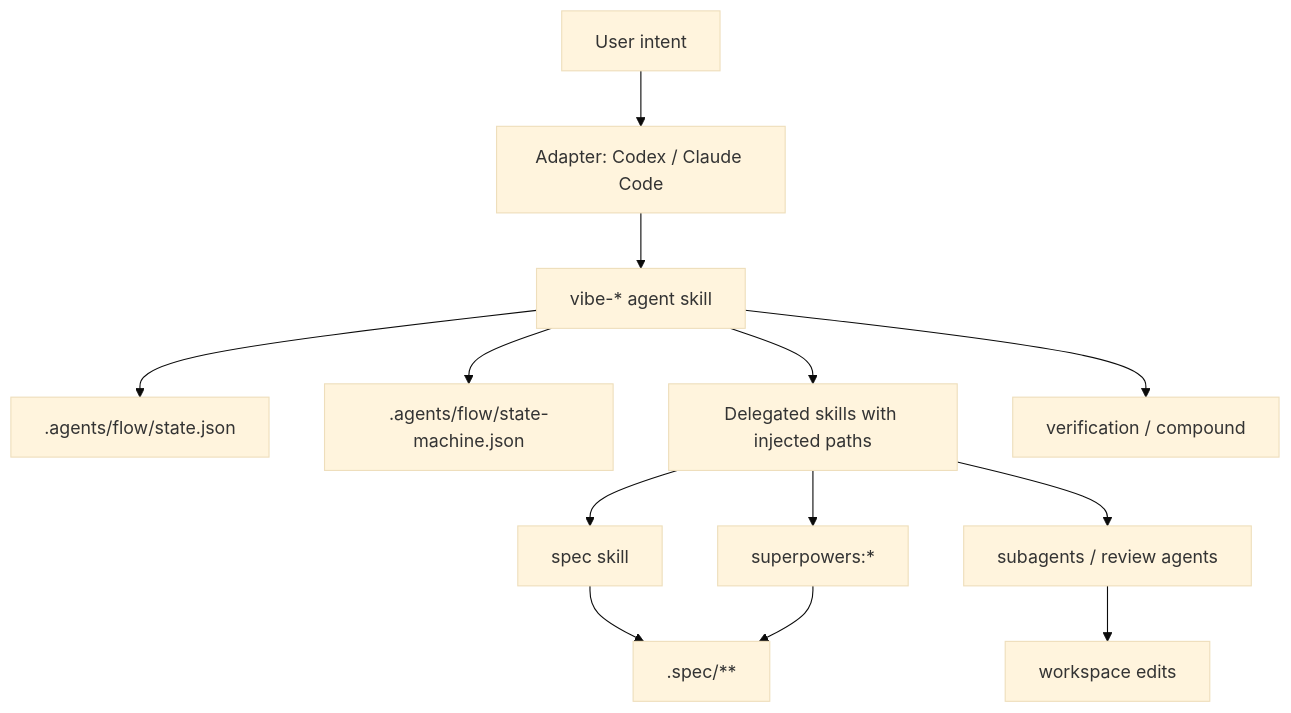
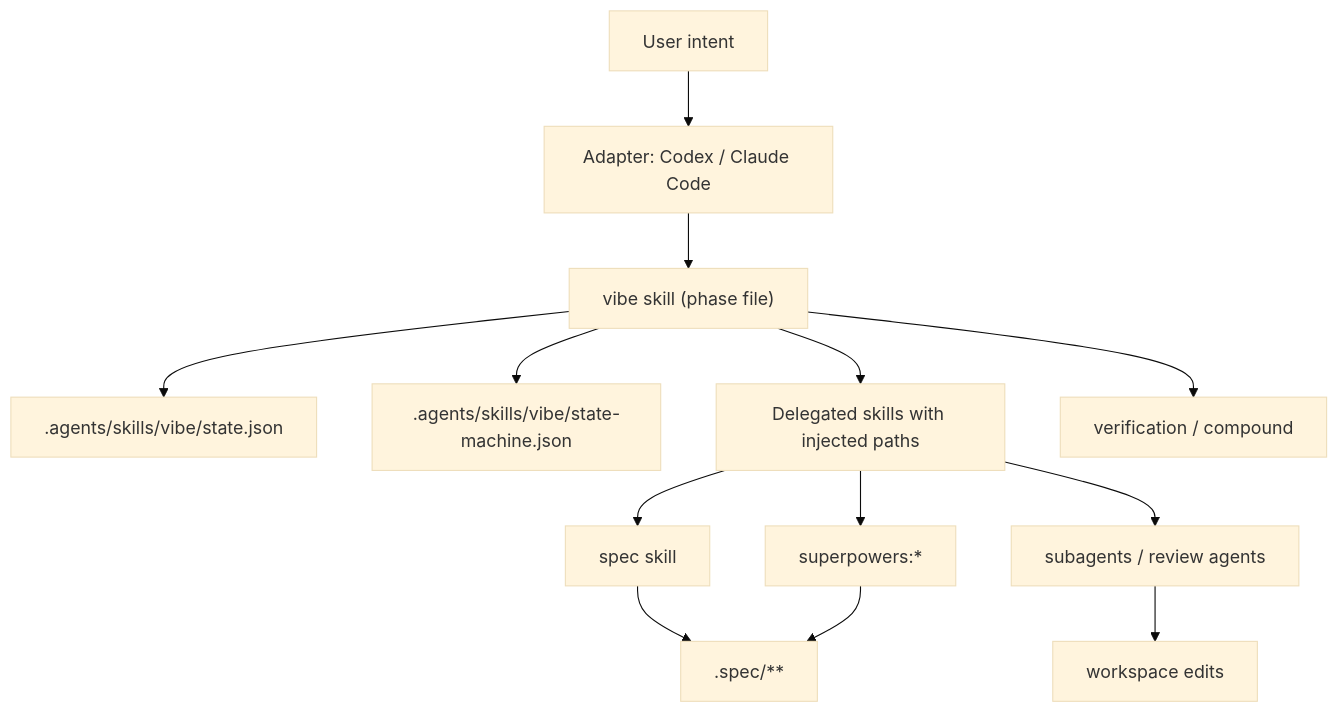
The diagram in .spec/tech.md (LennardZuendorf/vibe), drawn with Mermaid (base theme) before and after one commit. The commit also changed other lines of this file and 127 other files, not shown here.

````diff
--- a/.spec/tech.md
+++ b/.spec/tech.md
@@ -37,15 +40,15 @@
 ```mermaid
 flowchart TD
   U["User intent"] --> A["Adapter: Codex / Claude Code"]
-  A --> K["vibe-* agent skill"]
-  K --> F[".agents/flow/state.json"]
-  K --> M[".agents/flow/state-machine.json"]
+  A --> K["vibe skill (phase file)"]
+  K --> F[".agents/skills/vibe/state.json"]
+  K --> M[".agents/skills/vibe/state-machine.json"]
   K --> D["Delegated skills with injected paths"]
   D --> S["spec skill"]
   D --> P["superpowers:*"]
   D --> G["subagents / review agents"]
   S --> SPEC[".spec/**"]
   P --> SPEC
   G --> SRC["workspace edits"]
   K --> V["verification / compound"]
 ```
````
